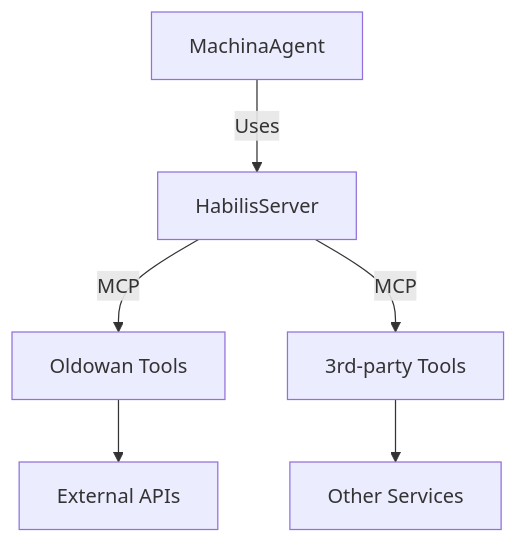
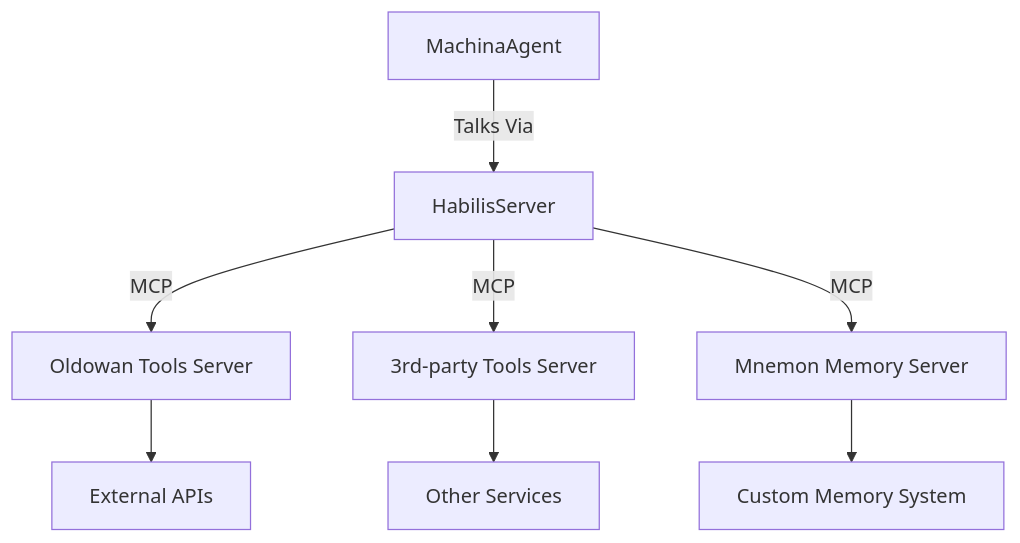
The first of 2 diagrams in README.md (elite-agents/machina-habilis), drawn with Mermaid before and after one commit. The commit also changed other lines of this file and 3 other files, not shown here.

````diff
--- a/README.md
+++ b/README.md
@@ -11,8 +11,10 @@
 ```mermaid
 graph TD
-    A[MachinaAgent] -->|Uses| B[HabilisServer]
-    B -->|MCP| C[Oldowan Tools]
-    B -->|MCP| D[3rd-party Tools]
-    C --> E[External APIs]
-    D --> F[Other Services]
+    A[MachinaAgent] -->|Talks Via| B[HabilisServer]
+    B -->|MCP| C[Oldowan Tools Server]
+    B -->|MCP| D[3rd-party Tools Server]
+    B -->|MCP| E[Mnemon Memory Server]
+    C --> F[External APIs]
+    D --> G[Other Services]
+    E --> H[Custom Memory System]
 ```
````
